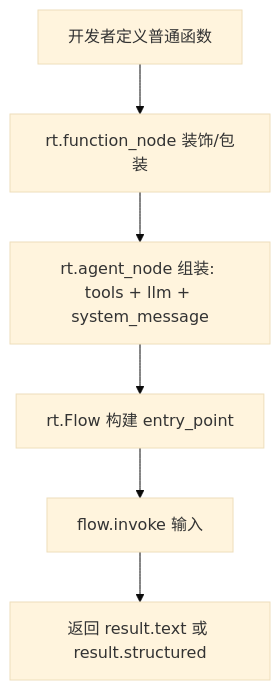
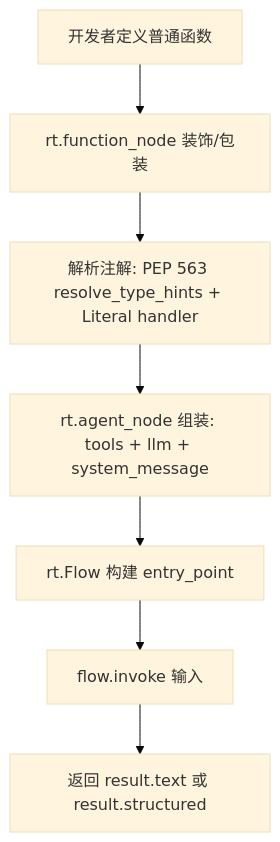
Before and after one commit to czm233/gitwire-vault: the first of 6 diagrams in RailtownAI-railtracks/business-logic.md, drawn with Mermaid (base theme). The commit also changed other lines of this file and 10 other files, not shown here.

````diff
--- a/RailtownAI-railtracks/business-logic.md
+++ b/RailtownAI-railtracks/business-logic.md
@@ -7,8 +7,9 @@
 ```mermaid
 flowchart TD
     A[开发者定义普通函数] --> B[rt.function_node 装饰/包装]
-    B --> C[rt.agent_node 组装: tools + llm + system_message]
+    B --> B2[解析注解: PEP 563 resolve_type_hints + Literal handler]
+    B2 --> C[rt.agent_node 组装: tools + llm + system_message]
     C --> D[rt.Flow 构建 entry_point]
     D --> E[flow.invoke 输入]
     E --> F[返回 result.text 或 result.structured]
 ```
````
